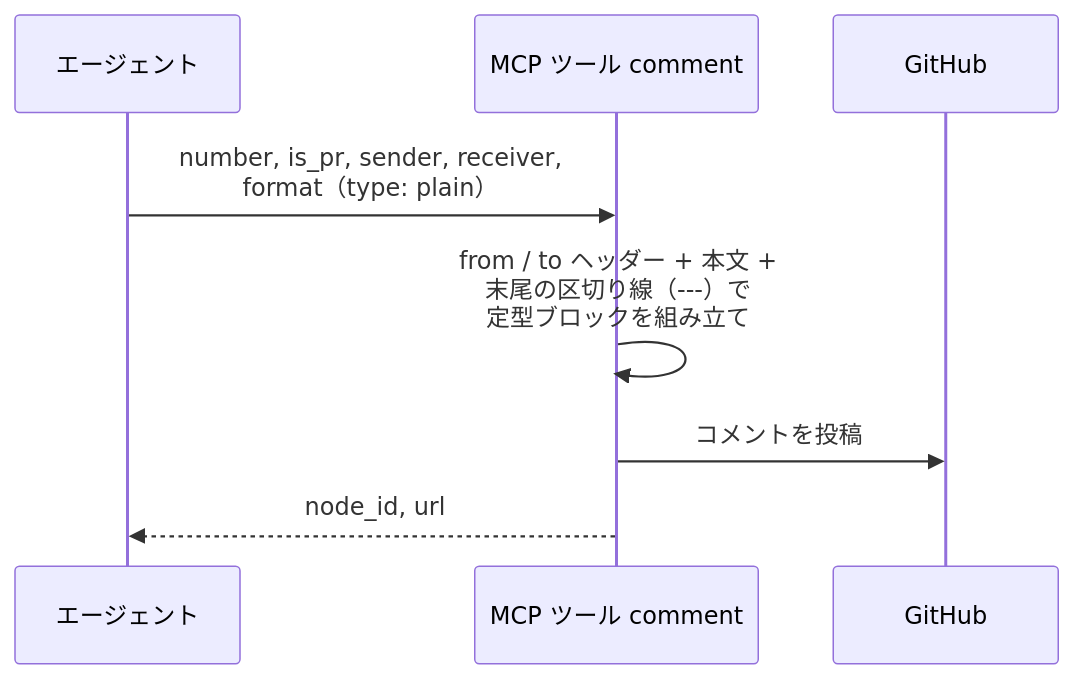
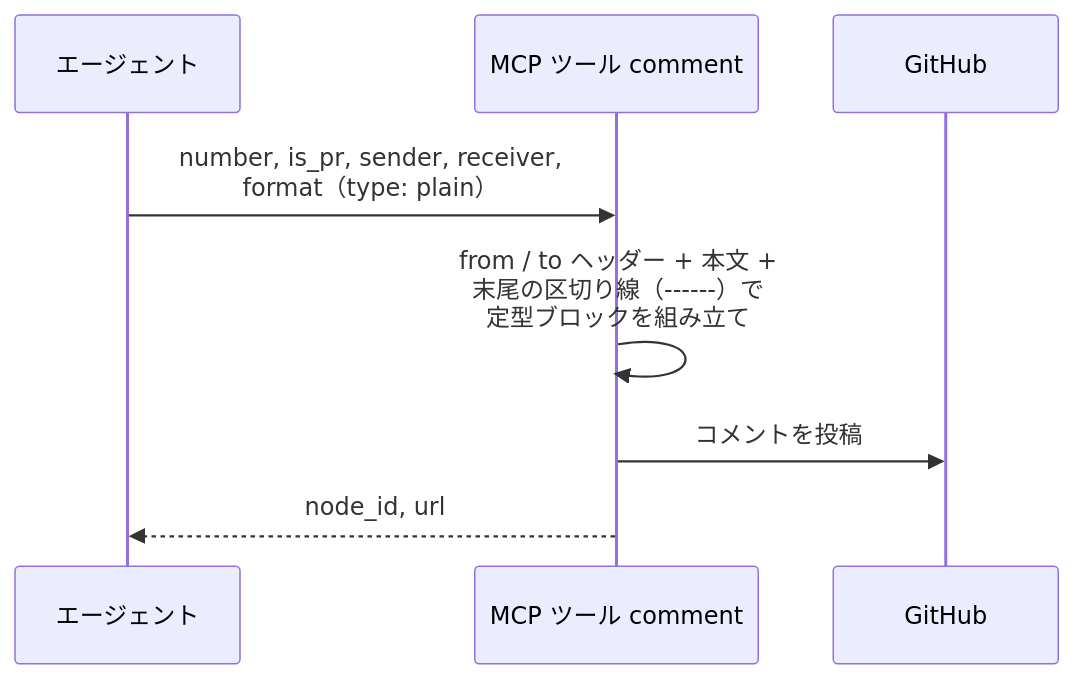
The first of 5 diagrams in docs/wiki/設計図/インターフェース定義/バックエンド/コメント投稿.py.md (shuhei1101/ai-monitor), drawn with Mermaid before and after one commit. The commit also changed other lines of this file and 45 other files, not shown here.

````diff
--- a/docs/wiki/設計図/インターフェース定義/バックエンド/コメント投稿.py.md
+++ b/docs/wiki/設計図/インターフェース定義/バックエンド/コメント投稿.py.md
@@ -141,11 +141,11 @@
 ```mermaid
 sequenceDiagram
   participant A as エージェント
   participant T as MCP ツール comment
   participant GH as GitHub
 
   A->>T: number, is_pr, sender, receiver,<br>format（type: plain）
-  T->>T: from / to ヘッダー + 本文 +<br>末尾の区切り線（---）で<br>定型ブロックを組み立て
+  T->>T: from / to ヘッダー + 本文 +<br>末尾の区切り線（------）で<br>定型ブロックを組み立て
   T->>GH: コメントを投稿
   T-->>A: node_id, url
 ```
````
